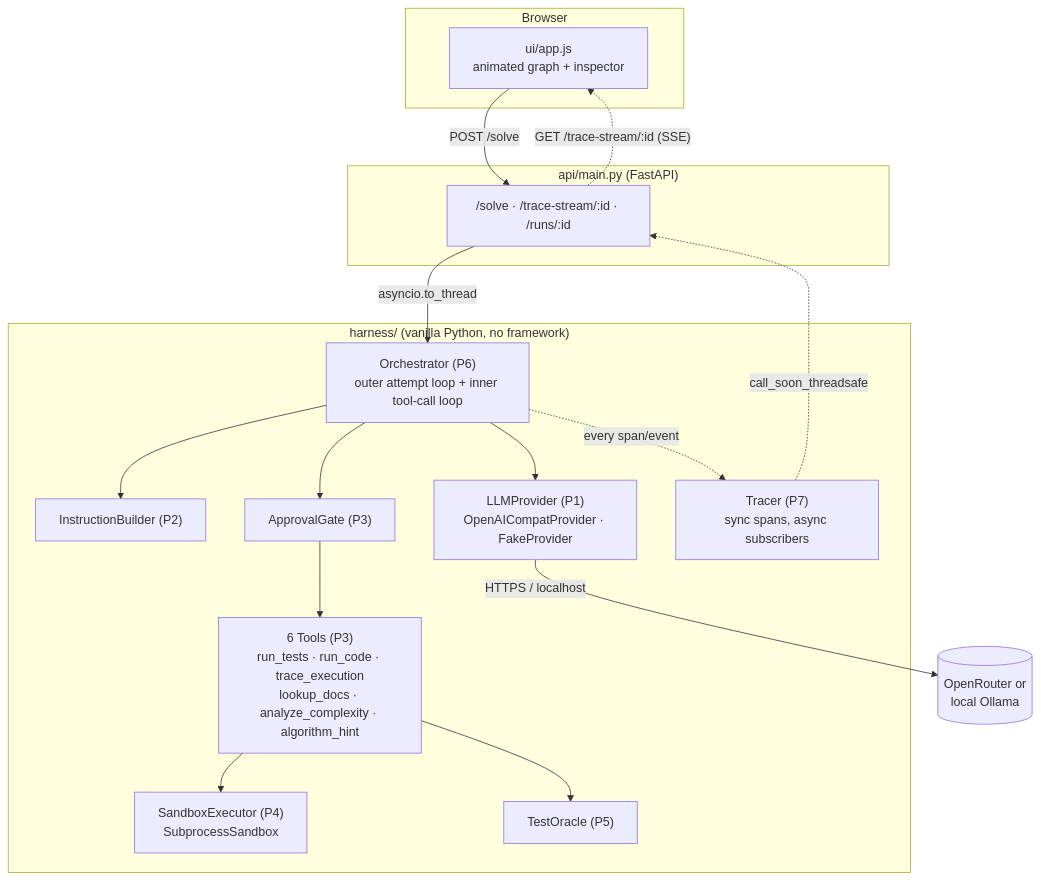
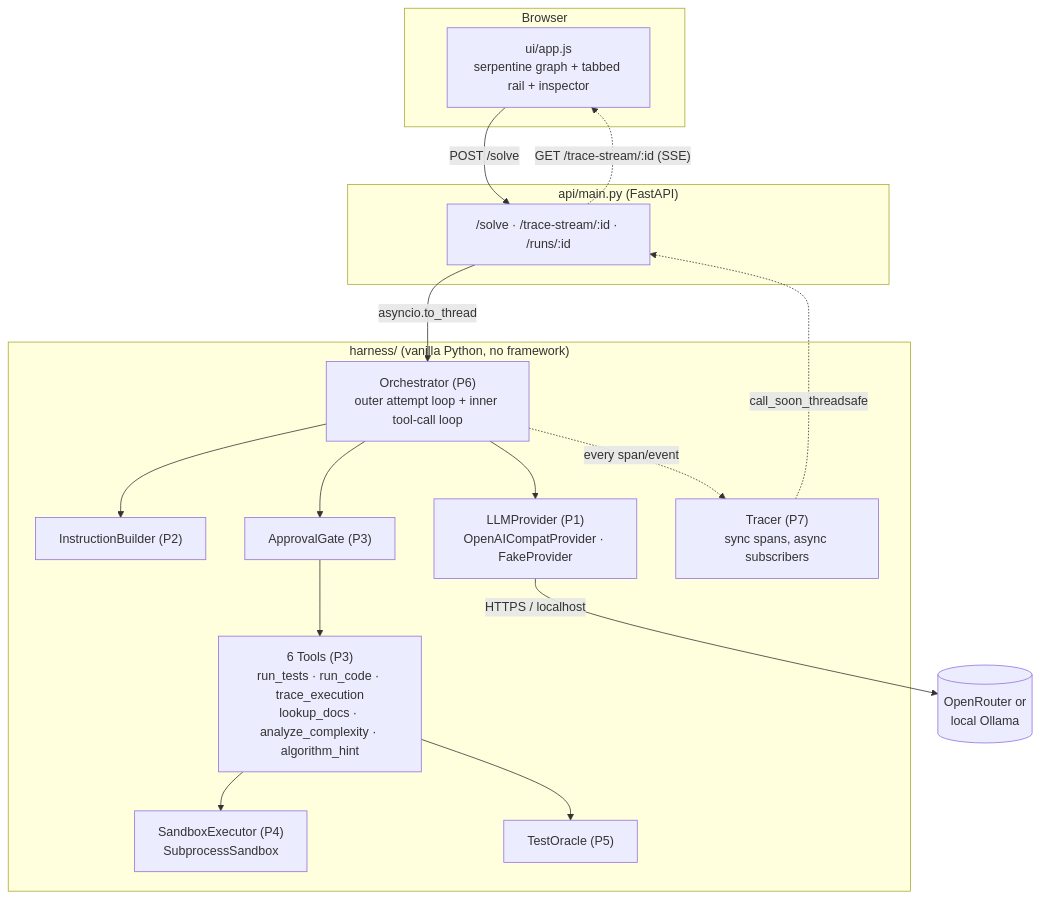
The second of 3 diagrams in README.md (ksksingh022/glassbox), drawn with Mermaid before and after one commit. The commit also changed other lines of this file and 9 other files, not shown here.

````diff
--- a/README.md
+++ b/README.md
@@ -77,37 +77,37 @@
 ```mermaid
 flowchart TD
     subgraph Browser
-        UI["ui/app.js<br/>animated graph + inspector"]
+        UI["ui/app.js<br/>serpentine graph + tabbed rail + inspector"]
     end
 
     UI -- "POST /solve" --> API
     API -. "GET /trace-stream/:id (SSE)" .-> UI
 
     subgraph "api/main.py (FastAPI)"
         API["/solve · /trace-stream/:id · /runs/:id"]
     end
 
     API -- "asyncio.to_thread" --> ORCH
 
     subgraph "harness/ (vanilla Python, no framework)"
         ORCH["Orchestrator (P6)<br/>outer attempt loop + inner tool-call loop"]
         INSTR["InstructionBuilder (P2)"]
         PROV["LLMProvider (P1)<br/>OpenAICompatProvider · FakeProvider"]
         TOOLS["6 Tools (P3)<br/>run_tests · run_code · trace_execution<br/>lookup_docs · analyze_complexity · algorithm_hint"]
         GATE["ApprovalGate (P3)"]
         SBX["SandboxExecutor (P4)<br/>SubprocessSandbox"]
         ORACLE["TestOracle (P5)"]
         TRACER["Tracer (P7)<br/>sync spans, async subscribers"]
     end
 
     ORCH --> INSTR
     ORCH --> PROV
     ORCH --> GATE
     GATE --> TOOLS
     TOOLS --> SBX
     TOOLS --> ORACLE
     ORCH -. "every span/event" .-> TRACER
     TRACER -. "call_soon_threadsafe" .-> API
 
     PROV -- "HTTPS / localhost" --> MODEL[("OpenRouter or<br/>local Ollama")]
 ```
````
